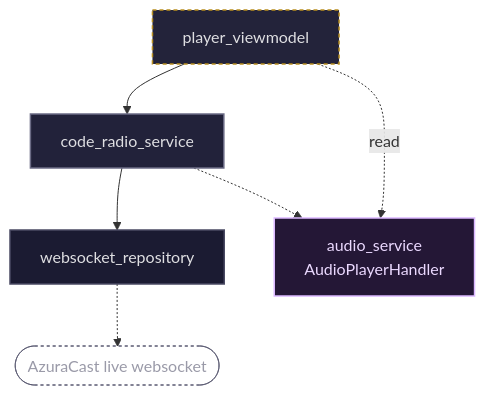
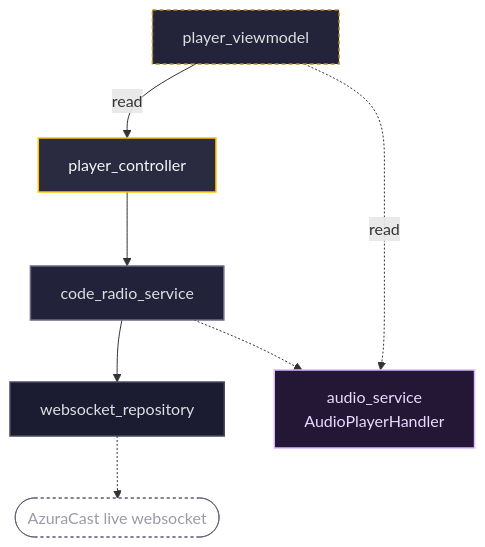
One commit to freeCodeCamp/mobile changed the fourth of 8 diagrams in docs/LAYER_MAP.md. Above: the diagram before and after it, drawn with Mermaid. The commit also changed other lines of this file and 28 other files, not shown here.

````diff
--- a/docs/LAYER_MAP.md
+++ b/docs/LAYER_MAP.md
@@ -176,20 +175,23 @@
 ```mermaid
 flowchart TD
   PVM["player_viewmodel"]:::vm
+  PCTRL["player_controller"]:::ctrl
   CRS["code_radio_service"]:::svc
   WSR["websocket_repository"]:::repo
   AUDIO["audio_service<br/>AudioPlayerHandler"]:::plat
   SRC(["AzuraCast live websocket"]):::ext
 
-  PVM --> CRS
+  PVM -->|read| PCTRL
+  PCTRL --> CRS
   CRS --> WSR
   PVM -.->|read| AUDIO
   CRS -.-> AUDIO
   WSR -.-> SRC
 
+  classDef ctrl fill:#2A2A40,stroke:#FFC300,stroke-width:1.5px,color:#F5F6F7
   classDef vm fill:#23233a,stroke:#B98F1F,stroke-width:1.5px,stroke-dasharray:4 3,color:#DFDFE2
   classDef svc fill:#22223a,stroke:#6B6B85,stroke-width:1.5px,color:#DFDFE2
   classDef repo fill:#1B1B32,stroke:#4A4A63,stroke-width:1.5px,color:#DFDFE2
   classDef plat fill:#241736,stroke:#DBB8FF,stroke-width:1.5px,color:#EBD9FF
   classDef ext fill:transparent,stroke:#585870,stroke-width:1px,stroke-dasharray:3 3,color:#9A9AA8
 ```
````
